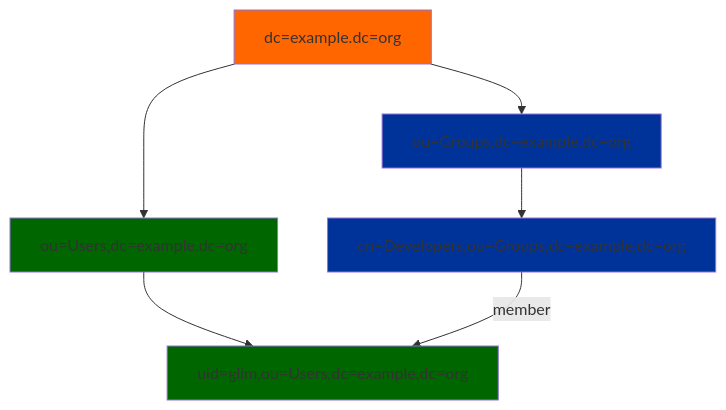
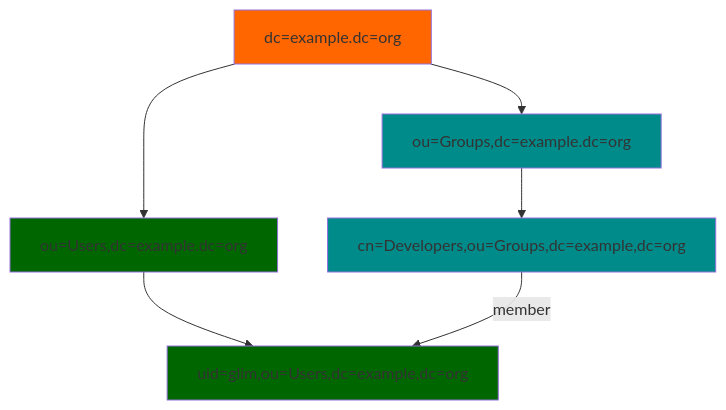
The diagram in README.md (doncicuto/glim), drawn with Mermaid before and after one commit. The commit also changed other lines of this file and 1 other file, not shown here.

````diff
--- a/README.md
+++ b/README.md
@@ -252,13 +252,13 @@
 ```mermaid
 graph TD;
     A[dc=example.dc=org]-->B[ou=Users,dc=example,dc=org];
     A[dc=example.dc=org]-->C[ou=Groups,dc=example,dc=org];
     B[ou=Users,dc=example.dc=org]-->D[uid=glim,ou=Users,dc=example,dc=org];
     C[ou=Groups,dc=example.dc=org]-->E[cn=Developers,ou=Groups,dc=example,dc=org];
     E[cn=Developers,ou=Groups,dc=example,dc=org]--member-->D[uid=glim,ou=Users,dc=example,dc=org];
     style A fill:#f60
-    style C fill:#039
-    style E fill:#039
+    style C fill:#008B8B
+    style E fill:#008B8B
     style B fill:#060
     style D fill:#060
 ```
````
